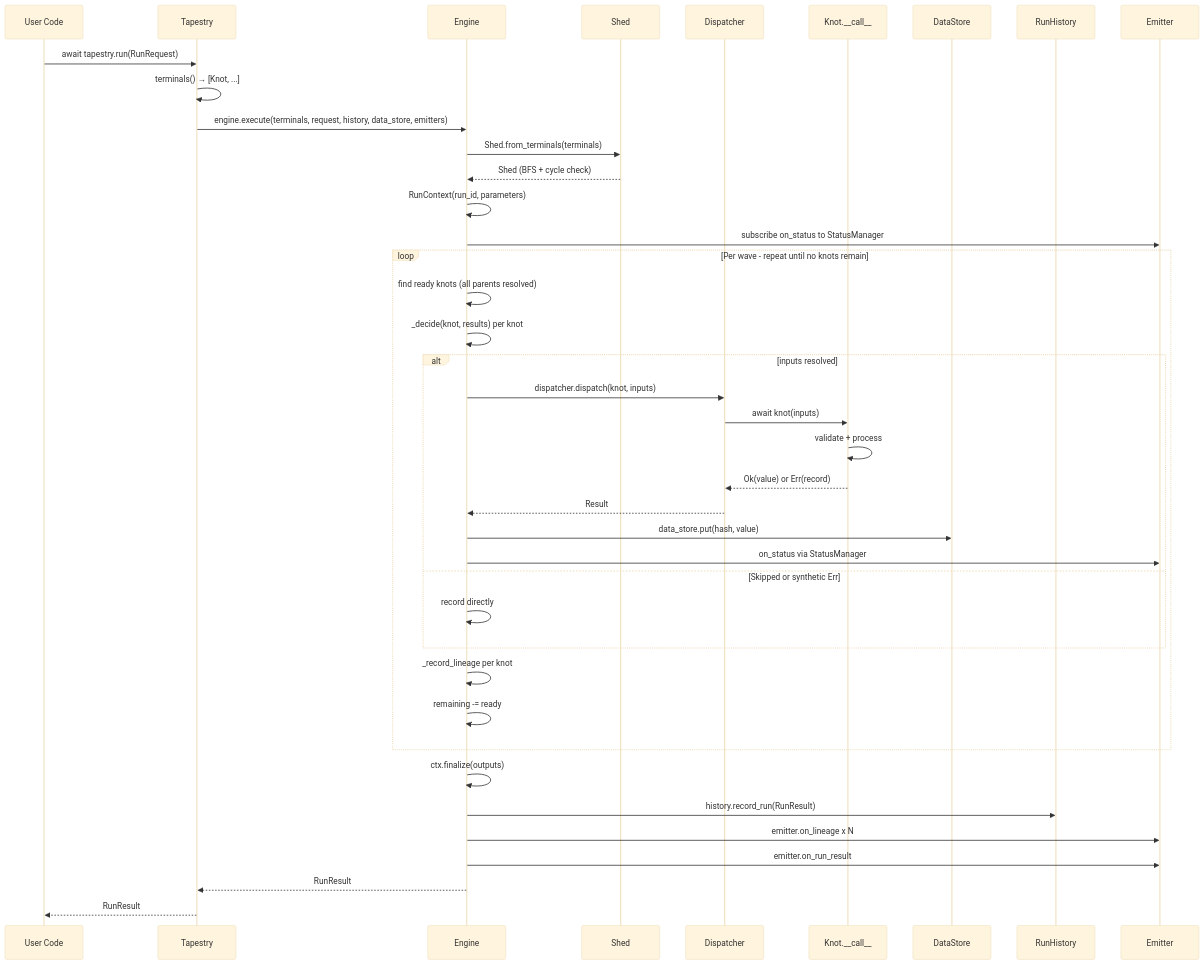
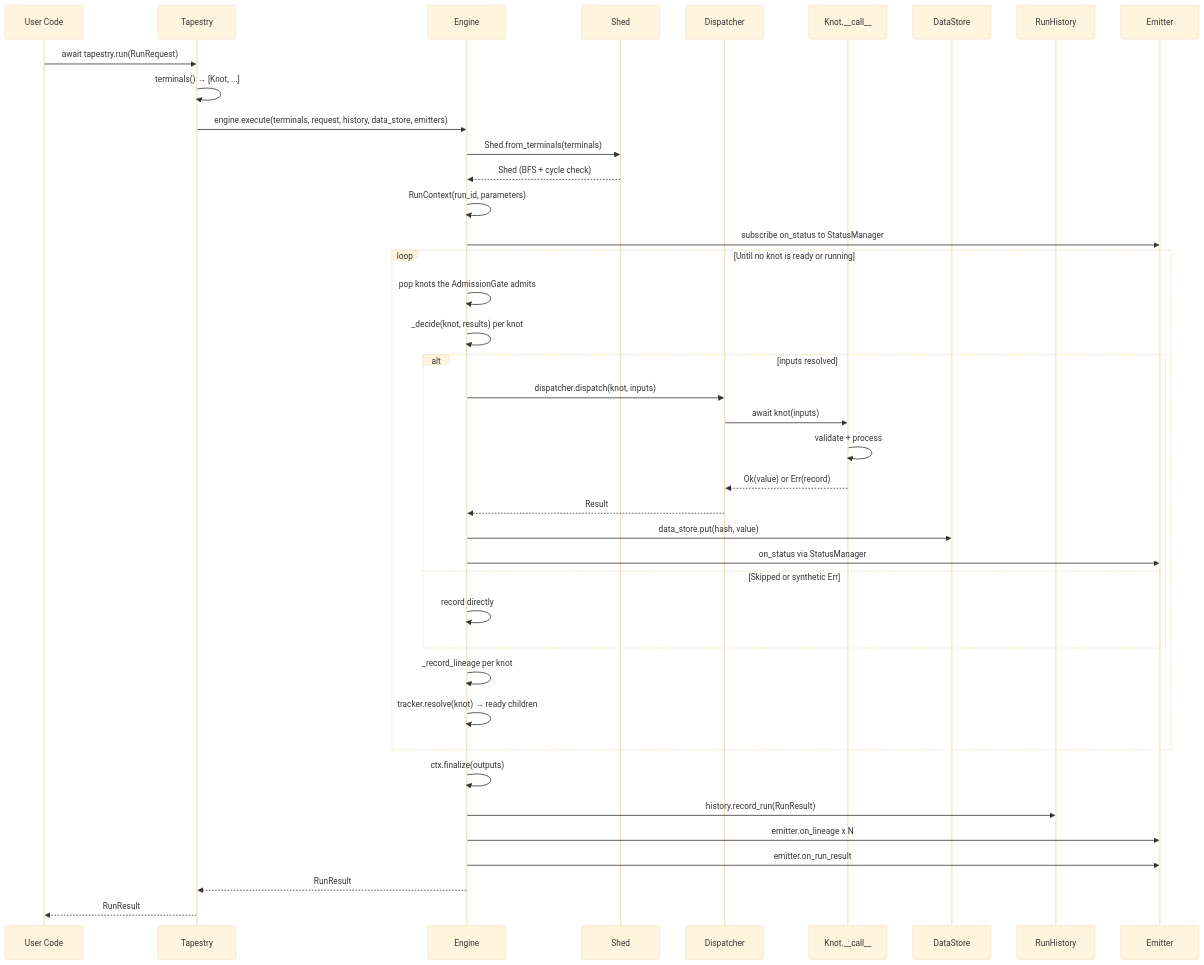
Before and after one commit to snoodleboot-io/pirn: the first of 2 diagrams in docs/architecture/execution-model.md, drawn with Mermaid (base theme). The commit also changed other lines of this file and 7 other files, not shown here.

````diff
--- a/docs/architecture/execution-model.md
+++ b/docs/architecture/execution-model.md
@@ -156,45 +164,45 @@
 ```mermaid
 sequenceDiagram
     participant U as User Code
     participant T as Tapestry
     participant E as Engine
     participant S as Shed
     participant D as Dispatcher
     participant K as Knot.__call__
     participant DS as DataStore
     participant H as RunHistory
     participant EM as Emitter
 
     U->>T: await tapestry.run(RunRequest)
     T->>T: terminals() → [Knot, ...]
     T->>E: engine.execute(terminals, request, history, data_store, emitters)
     E->>S: Shed.from_terminals(terminals)
     S-->>E: Shed (BFS + cycle check)
     E->>E: RunContext(run_id, parameters)
     E->>EM: subscribe on_status to StatusManager
 
-    loop Per wave - repeat until no knots remain
-        E->>E: find ready knots (all parents resolved)
+    loop Until no knot is ready or running
+        E->>E: pop knots the AdmissionGate admits
         E->>E: _decide(knot, results) per knot
         alt inputs resolved
             E->>D: dispatcher.dispatch(knot, inputs)
             D->>K: await knot(inputs)
             K->>K: validate + process
             K-->>D: Ok(value) or Err(record)
             D-->>E: Result
             E->>DS: data_store.put(hash, value)
             E->>EM: on_status via StatusManager
         else Skipped or synthetic Err
             E->>E: record directly
         end
         E->>E: _record_lineage per knot
-        E->>E: remaining -= ready
+        E->>E: tracker.resolve(knot) → ready children
     end
 
     E->>E: ctx.finalize(outputs)
     E->>H: history.record_run(RunResult)
     E->>EM: emitter.on_lineage x N
     E->>EM: emitter.on_run_result
     E-->>T: RunResult
     T-->>U: RunResult
 ```
````
